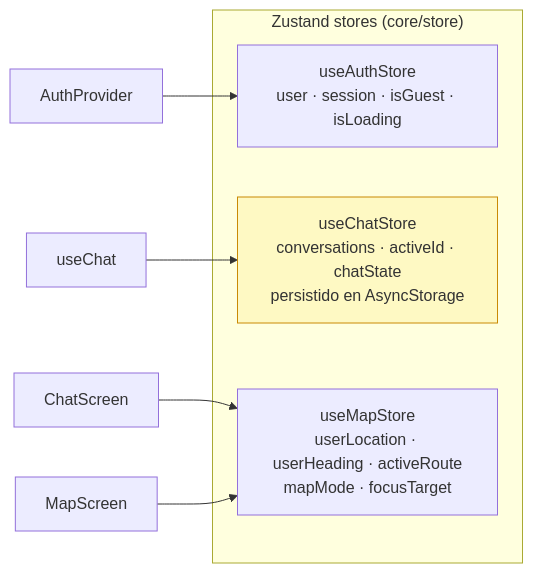
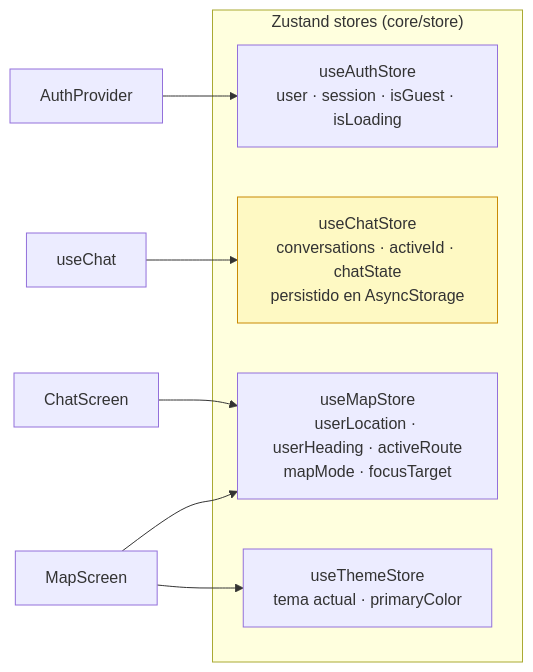
One commit to frank777ch/OndeSanMarcos changed the fourth of 6 diagrams in documents/02-frontend.md. Above: the diagram before and after it, drawn with Mermaid. The commit also changed other lines of this file and 6 other files, not shown here.

````diff
--- a/documents/02-frontend.md
+++ b/documents/02-frontend.md
@@ -137,16 +135,18 @@
 ```mermaid
 graph LR
     subgraph stores["Zustand stores (core/store)"]
         a["useAuthStore<br/>user · session · isGuest · isLoading"]
         ch["useChatStore<br/>conversations · activeId · chatState<br/>persistido en AsyncStorage"]
         mp["useMapStore<br/>userLocation · userHeading · activeRoute<br/>mapMode · focusTarget"]
+        th["useThemeStore<br/>tema actual · primaryColor"]
     end
 
     AuthProvider --> a
     useChat --> ch
     ChatScreen --> mp
     MapScreen --> mp
+    MapScreen --> th
 
     classDef persist fill:#fef9c3,stroke:#ca8a04;
     class ch persist;
 ```
````
